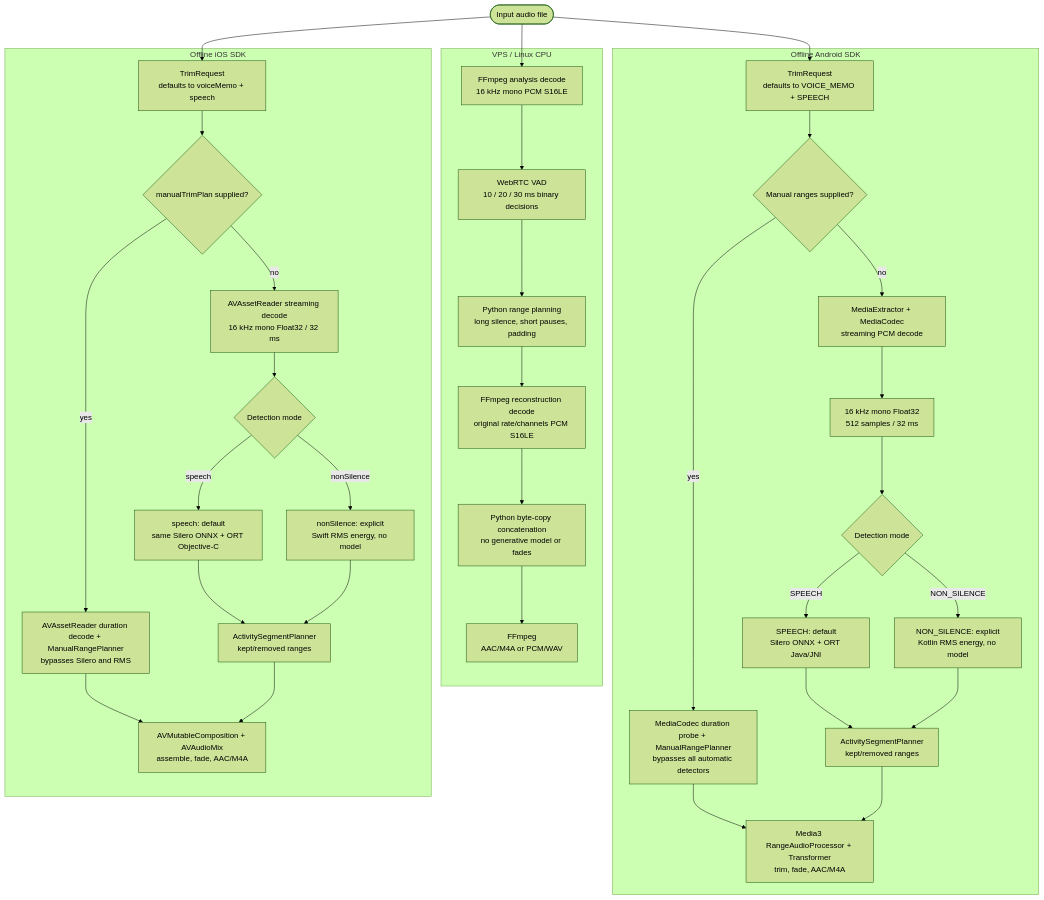
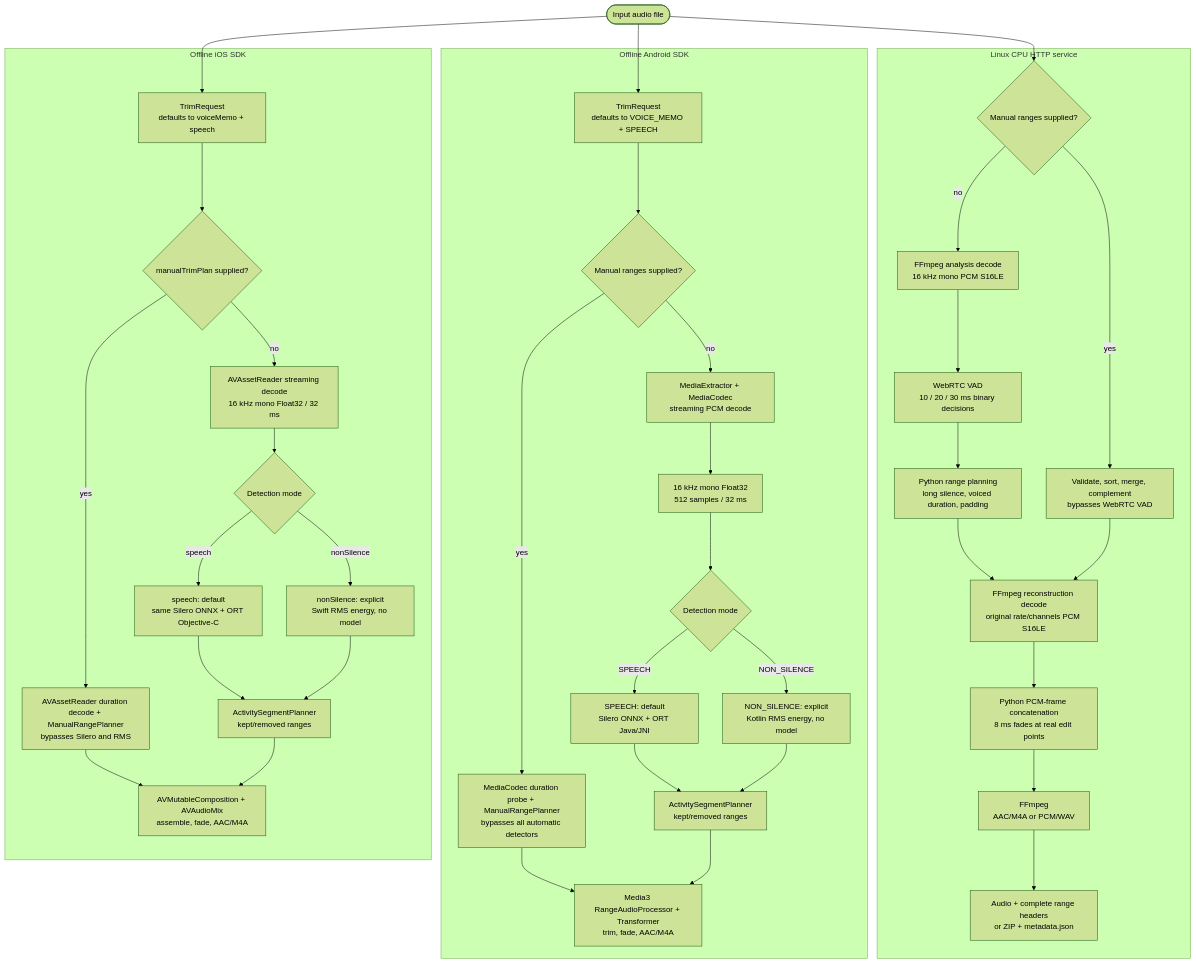
The diagram in README_EN.md (tianrking/vad_solution), drawn with Mermaid (forest theme) before and after one commit. The commit also changed other lines of this file and 25 other files, not shown here.

Commit message:
Upgrade and rename Linux audio service

````diff
--- a/README_EN.md
+++ b/README_EN.md
@@ -51,55 +52,60 @@
 ```mermaid
 flowchart TB
     INPUT(["Input audio file"])
 
-    subgraph VPS["VPS / Linux CPU"]
+    subgraph LINUX["Linux CPU HTTP service"]
+        V0{"Manual ranges supplied?"}
+        VM["Validate, sort, merge, complement<br/>bypasses WebRTC VAD"]
         V1["FFmpeg analysis decode<br/>16 kHz mono PCM S16LE"]
         V2["WebRTC VAD<br/>10 / 20 / 30 ms binary decisions"]
-        V3["Python range planning<br/>long silence, short pauses, padding"]
+        V3["Python range planning<br/>long silence, voiced duration, padding"]
         V4["FFmpeg reconstruction decode<br/>original rate/channels PCM S16LE"]
-        V5["Python byte-copy concatenation<br/>no generative model or fades"]
+        V5["Python PCM-frame concatenation<br/>8 ms fades at real edit points"]
         V6["FFmpeg<br/>AAC/M4A or PCM/WAV"]
-        V1 --> V2 --> V3 --> V4 --> V5 --> V6
+        V7["Audio + complete range headers<br/>or ZIP + metadata.json"]
+        V0 -- "no" --> V1 --> V2 --> V3 --> V4
+        V0 -- "yes" --> VM --> V4
+        V4 --> V5 --> V6 --> V7
     end
 
     subgraph ANDROID["Offline Android SDK"]
         A0["TrimRequest<br/>defaults to VOICE_MEMO + SPEECH"]
         A1{"Manual ranges supplied?"}
         AM["MediaCodec duration probe + ManualRangePlanner<br/>bypasses all automatic detectors"]
         A2["MediaExtractor + MediaCodec<br/>streaming PCM decode"]
         A3["16 kHz mono Float32<br/>512 samples / 32 ms"]
         A4{"Detection mode"}
         AS["SPEECH: default<br/>Silero ONNX + ORT Java/JNI"]
         AE["NON_SILENCE: explicit<br/>Kotlin RMS energy, no model"]
         AP["ActivitySegmentPlanner<br/>kept/removed ranges"]
         AX["Media3 RangeAudioProcessor + Transformer<br/>trim, fade, AAC/M4A"]
         A0 --> A1
         A1 -- "yes" --> AM --> AX
         A1 -- "no" --> A2 --> A3 --> A4
         A4 -- "SPEECH" --> AS --> AP
         A4 -- "NON_SILENCE" --> AE --> AP
         AP --> AX
     end
 
     subgraph IOS["Offline iOS SDK"]
         I0["TrimRequest<br/>defaults to voiceMemo + speech"]
         I1{"manualTrimPlan supplied?"}
         IM["AVAssetReader duration decode + ManualRangePlanner<br/>bypasses Silero and RMS"]
         ID["AVAssetReader streaming decode<br/>16 kHz mono Float32 / 32 ms"]
         I2{"Detection mode"}
         IS["speech: default<br/>same Silero ONNX + ORT Objective-C"]
         IE["nonSilence: explicit<br/>Swift RMS energy, no model"]
         IP["ActivitySegmentPlanner<br/>kept/removed ranges"]
         IX["AVMutableComposition + AVAudioMix<br/>assemble, fade, AAC/M4A"]
         I0 --> I1
         I1 -- "yes" --> IM --> IX
         I1 -- "no" --> ID --> I2
         I2 -- "speech" --> IS --> IP
         I2 -- "nonSilence" --> IE --> IP
         IP --> IX
     end
 
-    INPUT --> V1
+    INPUT --> V0
     INPUT --> A0
     INPUT --> I0
 ```
````
